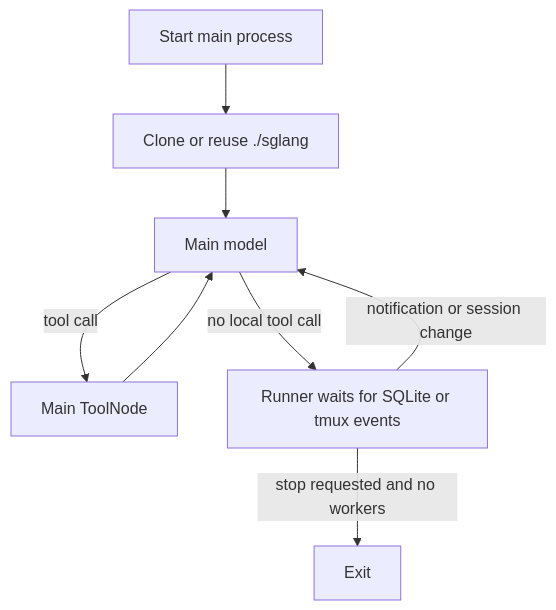
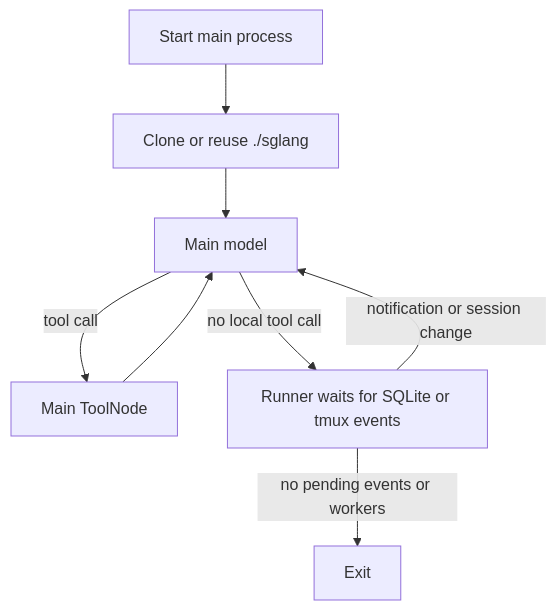
The second of 5 diagrams in structures.md (coder-2011/perferox), drawn with Mermaid before and after one commit. The commit also changed other lines of this file and 17 other files, not shown here.

````diff
--- a/structures.md
+++ b/structures.md
@@ -49,10 +49,10 @@
 ```mermaid
 flowchart TD
   start["Start main process"] --> source["Clone or reuse ./sglang"]
   source --> model["Main model"]
   model -->|"tool call"| tools["Main ToolNode"]
   tools --> model
   model -->|"no local tool call"| wait["Runner waits for SQLite or tmux events"]
   wait -->|"notification or session change"| model
-  wait -->|"stop requested and no workers"| done["Exit"]
+  wait -->|"no pending events or workers"| done["Exit"]
 ```
````
